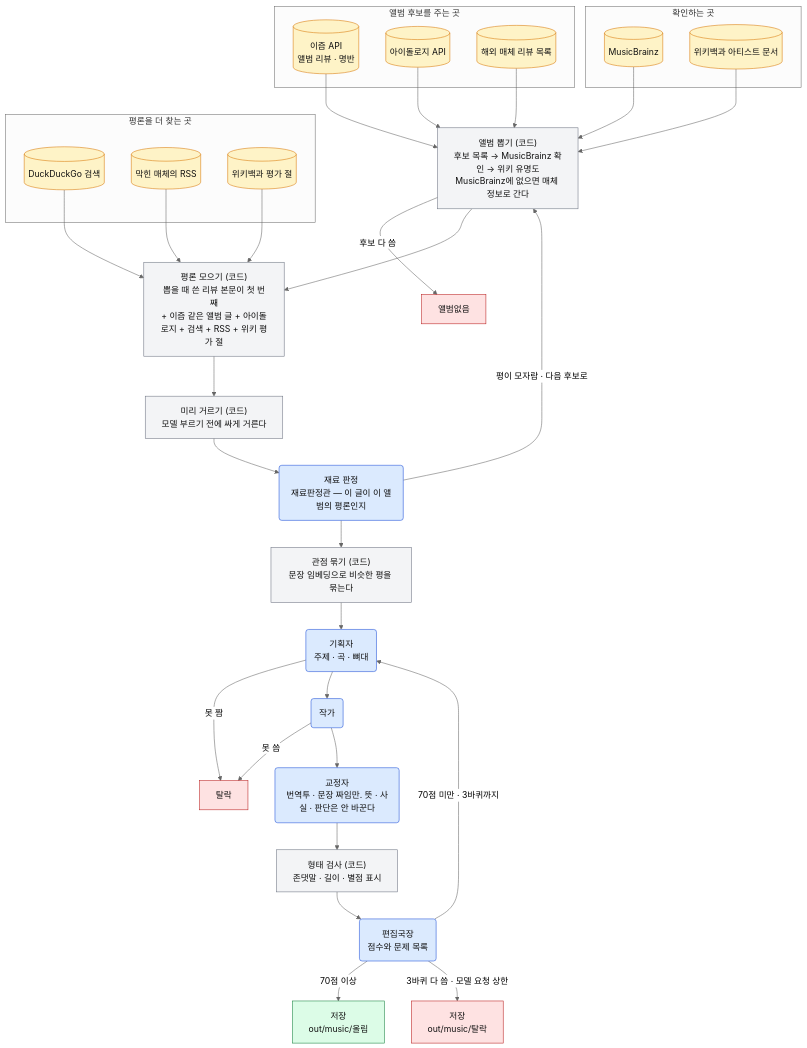
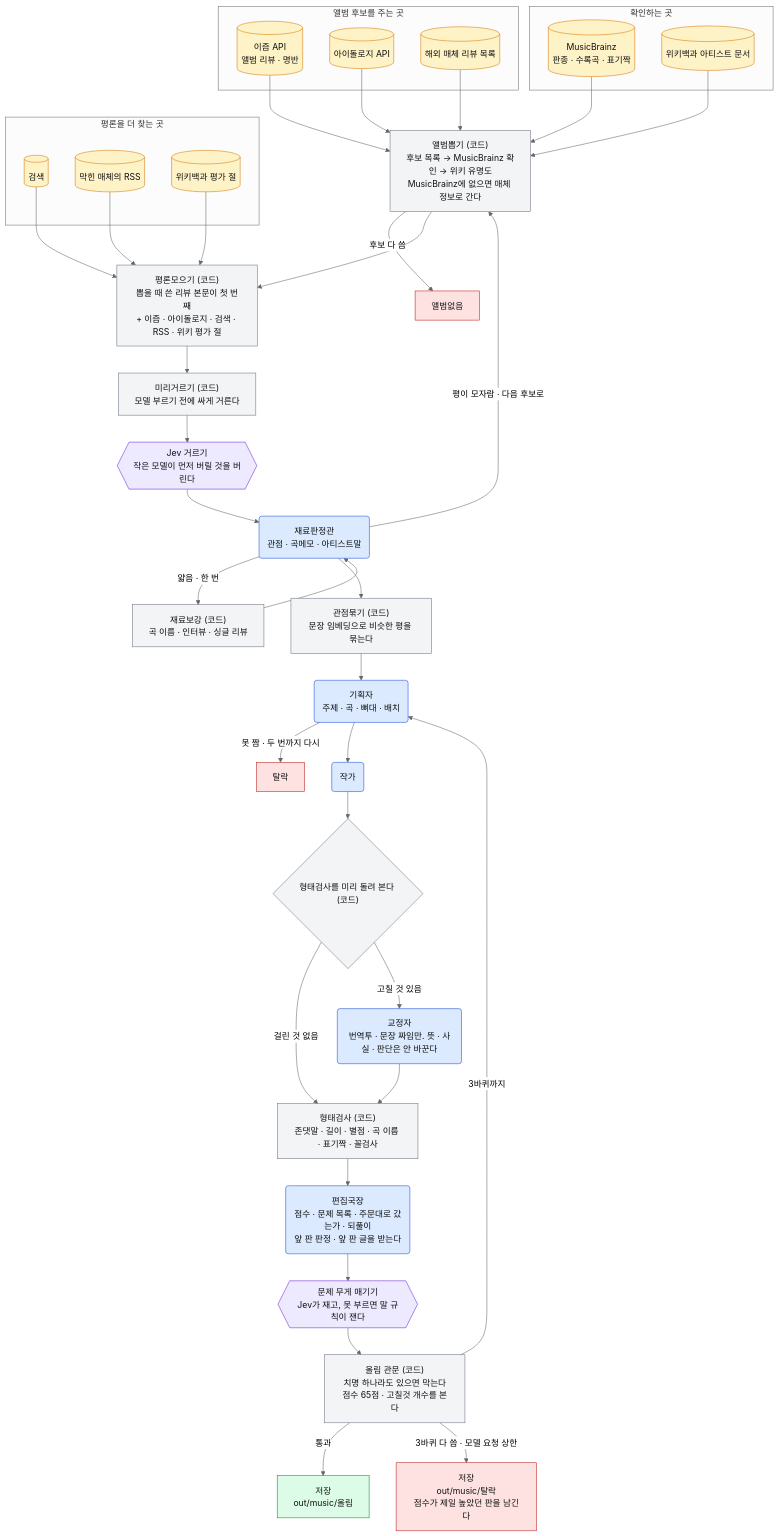
The third of 6 diagrams in agent/README.md (Por0ri/me-and-nu), drawn with Mermaid (neutral theme) before and after one commit. The commit also changed other lines of this file, not shown here.

````diff
--- a/agent/README.md
+++ b/agent/README.md
@@ -165,49 +199,56 @@
 ```mermaid
 flowchart TD
     classDef llm  fill:#dbeafe,stroke:#1d4ed8,color:#111
     classDef code fill:#f3f4f6,stroke:#6b7280,color:#111
     classDef src  fill:#fef3c7,stroke:#d97706,color:#111
     classDef ok   fill:#dcfce7,stroke:#15803d,color:#111
     classDef drop fill:#fee2e2,stroke:#b91c1c,color:#111
+    classDef jev  fill:#ede9fe,stroke:#6d28d9,color:#111
 
     subgraph S1["앨범 후보를 주는 곳"]
         IZM[("이즘 API<br/>앨범 리뷰 · 명반")]:::src
         IDO[("아이돌로지 API")]:::src
         FOR[("해외 매체 리뷰 목록")]:::src
     end
     subgraph S2["확인하는 곳"]
-        MB[("MusicBrainz")]:::src
+        MB[("MusicBrainz<br/>판종 · 수록곡 · 표기짝")]:::src
         WK[("위키백과 아티스트 문서")]:::src
     end
     subgraph S3["평론을 더 찾는 곳"]
-        DDG[("DuckDuckGo 검색")]:::src
+        DDG[("검색")]:::src
         RSS[("막힌 매체의 RSS")]:::src
         WR2[("위키백과 평가 절")]:::src
     end
 
     IZM --> A
     IDO --> A
     FOR --> A
     MB --> A
     WK --> A
-    A["앨범 뽑기 (코드)<br/>후보 목록 → MusicBrainz 확인 → 위키 유명도<br/>MusicBrainz에 없으면 매체 정보로 간다"]:::code
+    A["앨범뽑기 (코드)<br/>후보 목록 → MusicBrainz 확인 → 위키 유명도<br/>MusicBrainz에 없으면 매체 정보로 간다"]:::code
     A -->|후보 다 씀| X0[앨범없음]:::drop
-    A --> C["평론 모으기 (코드)<br/>뽑을 때 쓴 리뷰 본문이 첫 번째<br/>+ 이즘 같은 앨범 글 + 아이돌로지 + 검색 + RSS + 위키 평가 절"]:::code
+    A --> C["평론모으기 (코드)<br/>뽑을 때 쓴 리뷰 본문이 첫 번째<br/>+ 이즘 · 아이돌로지 · 검색 · RSS · 위키 평가 절"]:::code
     DDG --> C
     RSS --> C
     WR2 --> C
-    C --> PF["미리 거르기 (코드)<br/>모델 부르기 전에 싸게 거른다"]:::code
-    PF --> MJ("재료 판정<br/>재료판정관 — 이 글이 이 앨범의 평론인지"):::llm
+    C --> PF["미리거르기 (코드)<br/>모델 부르기 전에 싸게 거른다"]:::code
+    PF --> JV{{"Jev 거르기<br/>작은 모델이 먼저 버릴 것을 버린다"}}:::jev
+    JV --> MJ("재료판정관<br/>관점 · 곡메모 · 아티스트말"):::llm
+    MJ -->|얇음 · 한 번| RB["재료보강 (코드)<br/>곡 이름 · 인터뷰 · 싱글 리뷰"]:::code
+    RB --> MJ
     MJ -->|평이 모자람 · 다음 후보로| A
-    MJ --> CL["관점 묶기 (코드)<br/>문장 임베딩으로 비슷한 평을 묶는다"]:::code
-    CL --> PL("기획자<br/>주제 · 곡 · 뼈대"):::llm
-    PL -->|못 짬| X1[탈락]:::drop
+    MJ --> CL["관점묶기 (코드)<br/>문장 임베딩으로 비슷한 평을 묶는다"]:::code
+    CL --> PL("기획자<br/>주제 · 곡 · 뼈대 · 배치"):::llm
+    PL -->|못 짬 · 두 번까지 다시| X1[탈락]:::drop
     PL --> WR("작가"):::llm
-    WR -->|못 씀| X1
-    WR --> PR("교정자<br/>번역투 · 문장 짜임만. 뜻 · 사실 · 판단은 안 바꾼다"):::llm
-    PR --> SH["형태 검사 (코드)<br/>존댓말 · 길이 · 별점 표시"]:::code
-    SH --> ED("편집국장<br/>점수와 문제 목록"):::llm
-    ED -->|70점 이상| OK["저장<br/>out/music/올림"]:::ok
-    ED -->|70점 미만 · 3바퀴까지| PL
-    ED -->|3바퀴 다 씀 · 모델 요청 상한| X2["저장<br/>out/music/탈락"]:::drop
+    WR --> PRQ{"형태검사를 미리 돌려 본다 (코드)"}:::code
+    PRQ -->|걸린 것 없음| SH
+    PRQ -->|고칠 것 있음| PR("교정자<br/>번역투 · 문장 짜임만. 뜻 · 사실 · 판단은 안 바꾼다"):::llm
+    PR --> SH["형태검사 (코드)<br/>존댓말 · 길이 · 별점 · 곡 이름 · 표기짝 · 꼴검사"]:::code
+    SH --> ED("편집국장<br/>점수 · 문제 목록 · 주문대로 갔는가 · 되풀이<br/>앞 판 판정 · 앞 판 글을 받는다"):::llm
+    ED --> WT{{"문제 무게 매기기<br/>Jev가 재고, 못 부르면 말 규칙이 잰다"}}:::jev
+    WT --> GT["올림 관문 (코드)<br/>치명 하나라도 있으면 막는다<br/>점수 65점 · 고칠것 개수를 본다"]:::code
+    GT -->|통과| OK["저장<br/>out/music/올림"]:::ok
+    GT -->|3바퀴까지| PL
+    GT -->|3바퀴 다 씀 · 모델 요청 상한| X2["저장<br/>out/music/탈락<br/>점수가 제일 높았던 판을 남긴다"]:::drop
 ```
````
